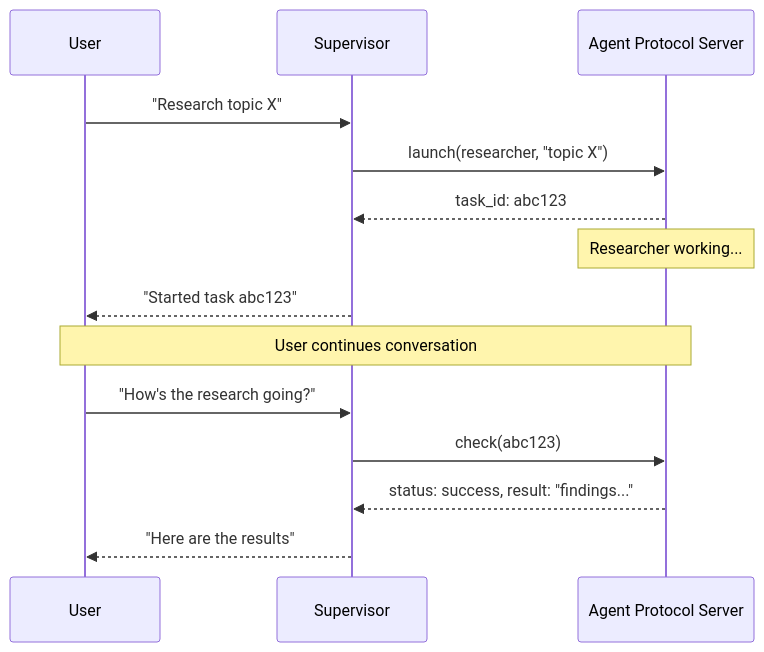
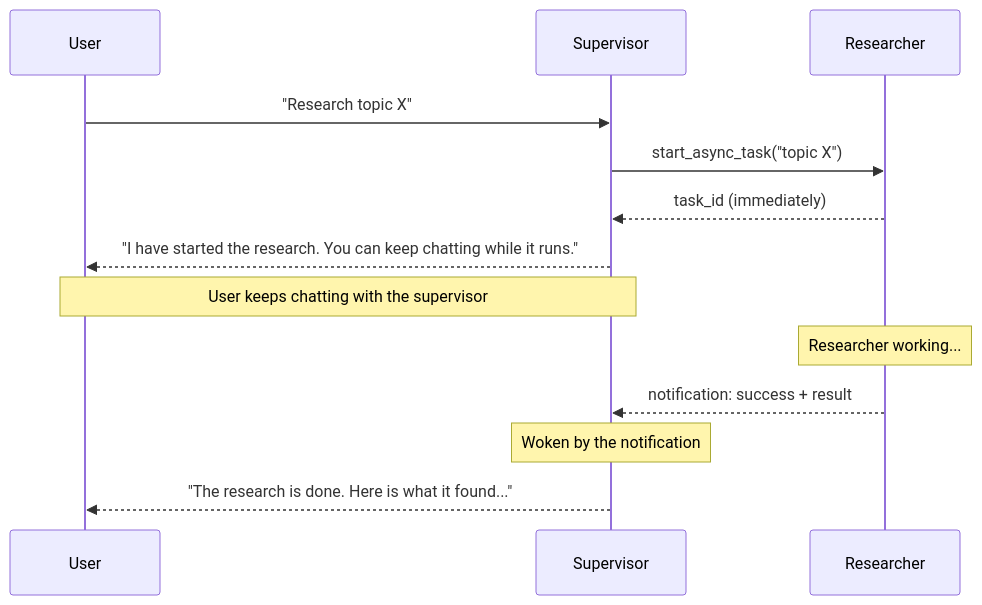
Before and after one commit to Eyre921/ofiicial-developer-docs: the second of 2 diagrams in agent-frameworks/langchain/pages/oss/javascript/deepagents/async-subagents.md, drawn with Mermaid. The commit also changed other lines of this file and 483 other files, not shown here.

````diff
--- a/agent-frameworks/langchain/pages/oss/javascript/deepagents/async-subagents.md
+++ b/agent-frameworks/langchain/pages/oss/javascript/deepagents/async-subagents.md
@@ -255,21 +261,18 @@
 ```mermaid theme={"theme":{"light":"catppuccin-latte","dark":"catppuccin-mocha"}}
 sequenceDiagram
     participant User
     participant Supervisor
-    participant Platform as Agent Protocol Server
+    participant Researcher
 
     User->>Supervisor: "Research topic X"
-    Supervisor->>Platform: launch(researcher, "topic X")
-    Platform-->>Supervisor: task_id: abc123
+    Supervisor->>Researcher: start_async_task("topic X")
+    Researcher-->>Supervisor: task_id (immediately)
+    Supervisor-->>User: "I have started the research. You can keep chatting while it runs."
 
-    Note over Platform: Researcher working...
+    Note over User,Supervisor: User keeps chatting with the supervisor
+    Note over Researcher: Researcher working...
 
-    Supervisor-->>User: "Started task abc123"
-
-    Note over User,Platform: User continues conversation
-
-    User->>Supervisor: "How's the research going?"
-    Supervisor->>Platform: check(abc123)
-    Platform-->>Supervisor: status: success, result: "findings..."
-    Supervisor-->>User: "Here are the results"
+    Researcher-->>Supervisor: notification: success + result
+    Note over Supervisor: Woken by the notification
+    Supervisor-->>User: "The research is done. Here is what it found..."
 ```
````
